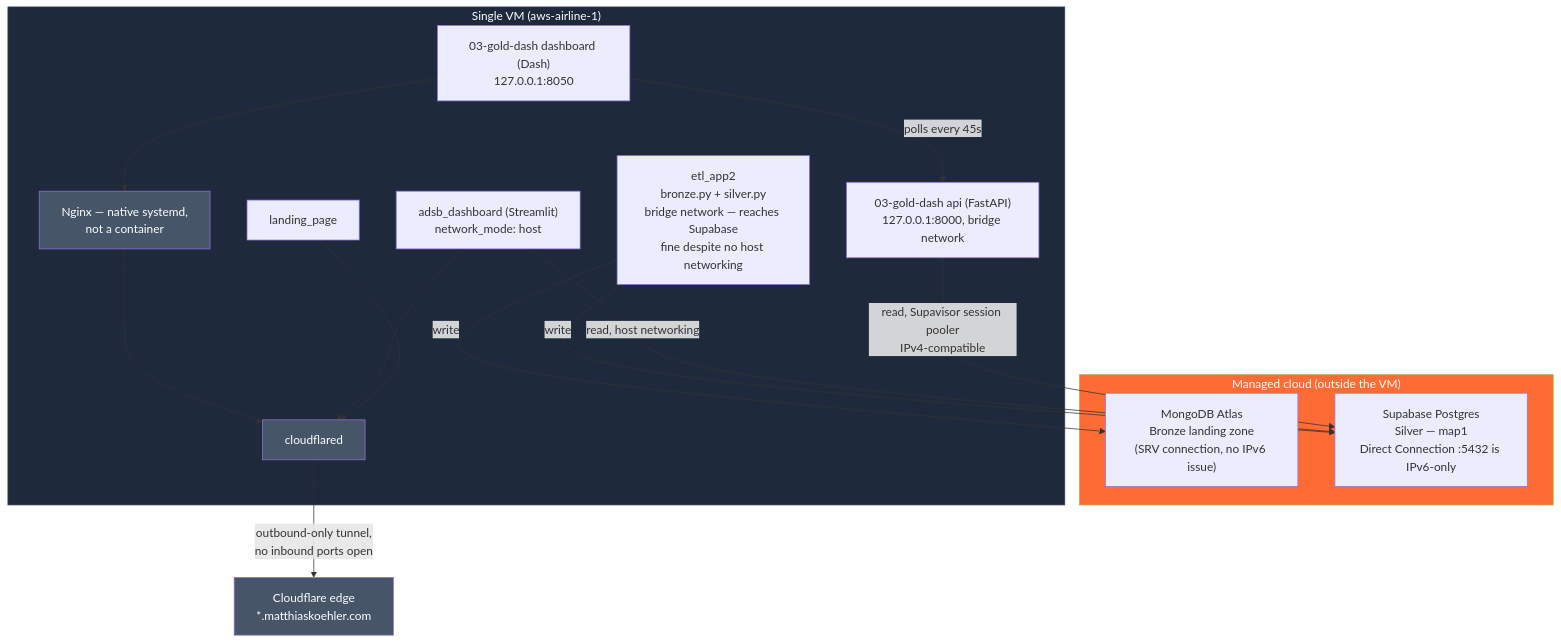
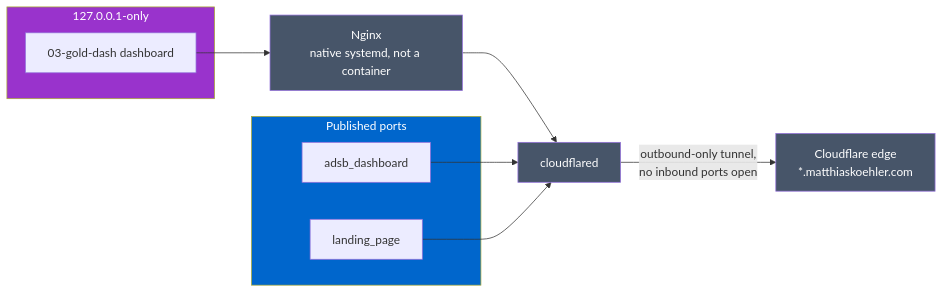
Before and after one commit to MatthiasSails/airline-data-platform: the sixth of 7 diagrams in docs/architecture/README.md, drawn with Mermaid. The commit also changed other lines of this file, not shown here.

First line of the commit message:
docs(architecture): split Infrastructure diagram for readability

````diff
--- a/docs/architecture/README.md
+++ b/docs/architecture/README.md
@@ -175,35 +221,24 @@
 ```mermaid
-graph TB
-    subgraph CLOUD["Managed cloud (outside the VM)"]
-        MONGO["MongoDB Atlas<br/>Bronze landing zone<br/>(SRV connection, no IPv6 issue)"]
-        SUPA["Supabase Postgres<br/>Silver — map1<br/>Direct Connection :5432 is IPv6-only"]
+graph LR
+    subgraph PUBLISHED["Published ports"]
+        DASH1["adsb_dashboard"]
+        LAND["landing_page"]
     end
-
-    subgraph VM["Single VM (aws-airline-1)"]
-        ETL["etl_app2<br/>bronze.py + silver.py<br/>bridge network — reaches Supabase<br/>fine despite no host networking"]
-        DASH1["adsb_dashboard (Streamlit)<br/>network_mode: host"]
-        API["03-gold-dash api (FastAPI)<br/>127.0.0.1:8000, bridge network"]
-        DASH2["03-gold-dash dashboard (Dash)<br/>127.0.0.1:8050"]
-        LAND["landing_page"]
-        NGINX["Nginx — native systemd,<br/>not a container"]
-        CF["cloudflared"]
+    subgraph LOCALONLY["127.0.0.1-only"]
+        DASH2["03-gold-dash dashboard"]
     end
-
+    NGINX["Nginx<br/>native systemd, not a container"]
+    CF["cloudflared"]
     EDGE["Cloudflare edge<br/>*.matthiaskoehler.com"]
 
-    ETL -->|write| MONGO
-    ETL -->|write| SUPA
-    DASH1 -->|read, host networking| SUPA
-    API -->|read, Supavisor session pooler<br/>IPv4-compatible| SUPA
-    DASH2 -->|polls every 45s| API
     DASH2 --> NGINX --> CF
     DASH1 --> CF
     LAND --> CF
     CF -->|outbound-only tunnel,<br/>no inbound ports open| EDGE
 
-    style CLOUD fill:#FF6B35,color:#fff
-    style VM fill:#1e293b,color:#fff,stroke:#334155
+    style PUBLISHED fill:#0066CC,color:#fff
+    style LOCALONLY fill:#9933CC,color:#fff
     style NGINX fill:#475569,color:#fff
     style CF fill:#475569,color:#fff
     style EDGE fill:#475569,color:#fff
 ```
````
